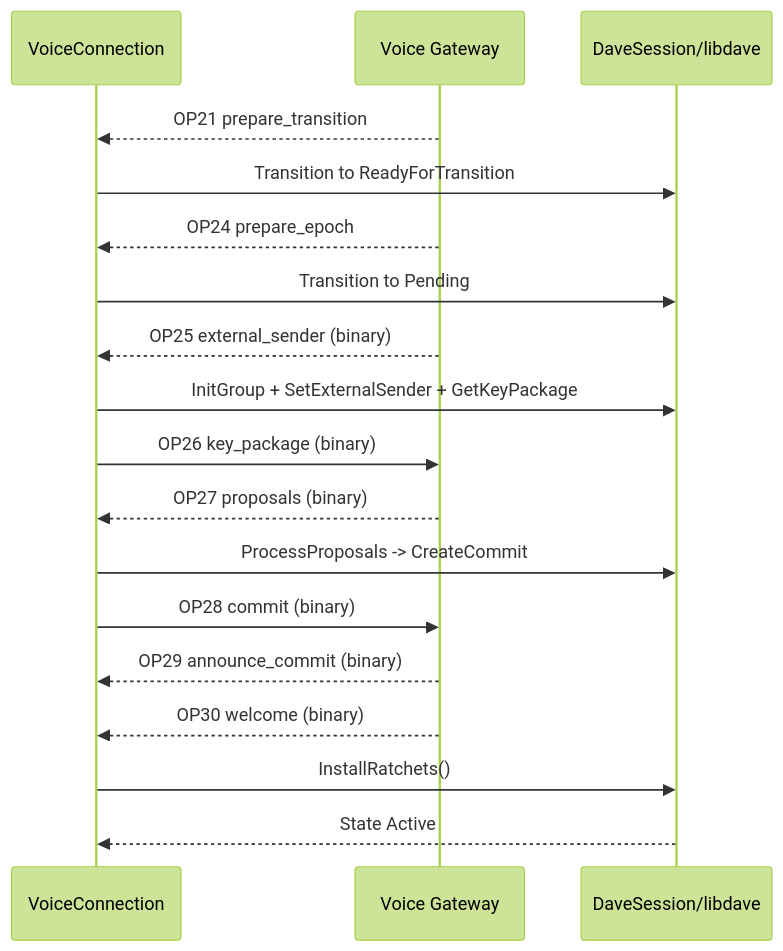
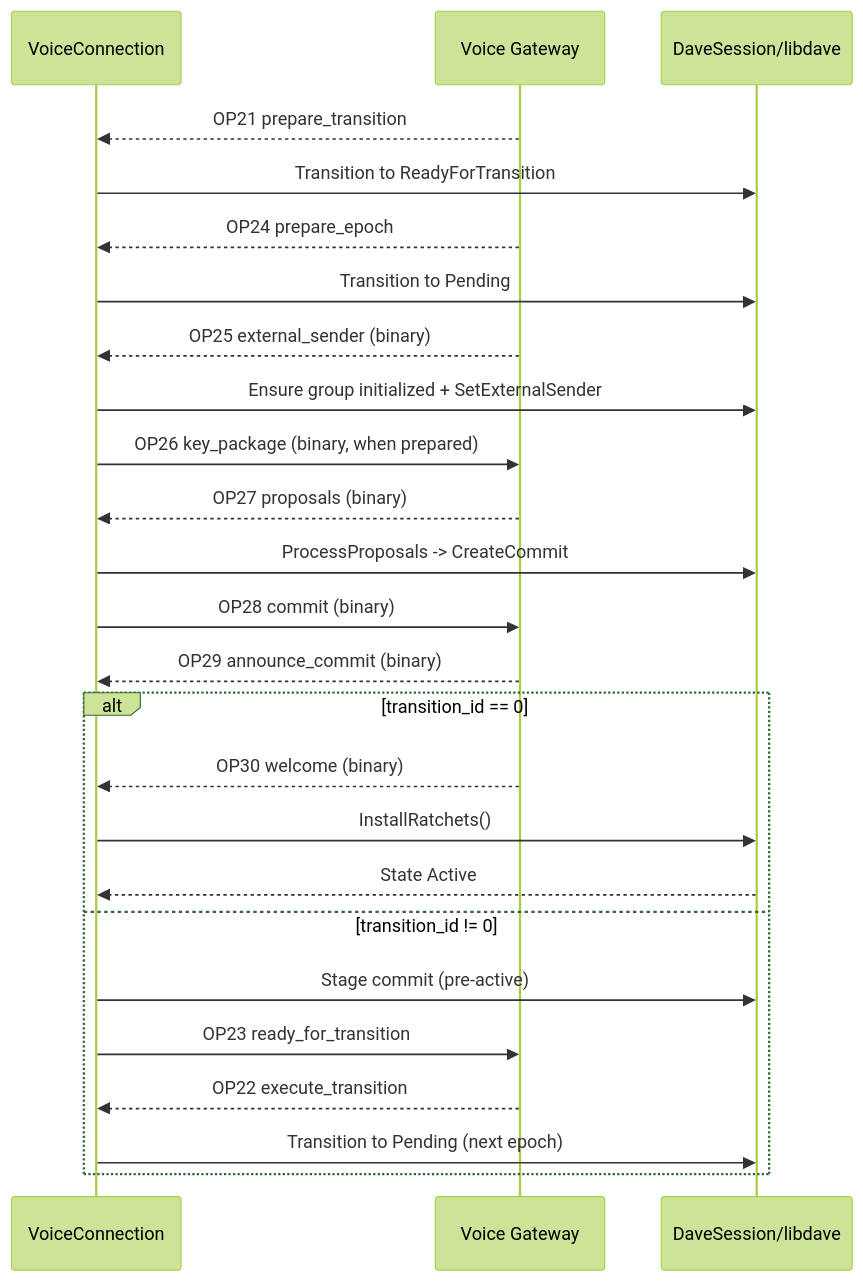
One commit to Aiko-IT-Systems/DisCatSharp changed the second of 5 diagrams in DisCatSharp.Docs/articles/modules/audio/voice/architecture.md. Above: the diagram before and after it, drawn with Mermaid (forest theme). The commit also changed other lines of this file and 2 other files, not shown here.

Commit message:
docs(voice): clarify DAVE transition flow and per-connection debug logging

````diff
--- a/DisCatSharp.Docs/articles/modules/audio/voice/architecture.md
+++ b/DisCatSharp.Docs/articles/modules/audio/voice/architecture.md
@@ -76,21 +76,28 @@
 ```mermaid
 sequenceDiagram
     participant VC as VoiceConnection
     participant VG as Voice Gateway
     participant MLS as DaveSession/libdave
 
     VG-->>VC: OP21 prepare_transition
     VC->>MLS: Transition to ReadyForTransition
     VG-->>VC: OP24 prepare_epoch
     VC->>MLS: Transition to Pending
     VG-->>VC: OP25 external_sender (binary)
-    VC->>MLS: InitGroup + SetExternalSender + GetKeyPackage
-    VC->>VG: OP26 key_package (binary)
+    VC->>MLS: Ensure group initialized + SetExternalSender
+    VC->>VG: OP26 key_package (binary, when prepared)
     VG-->>VC: OP27 proposals (binary)
     VC->>MLS: ProcessProposals -> CreateCommit
     VC->>VG: OP28 commit (binary)
     VG-->>VC: OP29 announce_commit (binary)
-    VG-->>VC: OP30 welcome (binary)
-    VC->>MLS: InstallRatchets()
-    MLS-->>VC: State Active
+    alt transition_id == 0
+        VG-->>VC: OP30 welcome (binary)
+        VC->>MLS: InstallRatchets()
+        MLS-->>VC: State Active
+    else transition_id != 0
+        VC->>MLS: Stage commit (pre-active)
+        VC->>VG: OP23 ready_for_transition
+        VG-->>VC: OP22 execute_transition
+        VC->>MLS: Transition to Pending (next epoch)
+    end
 ```
````
